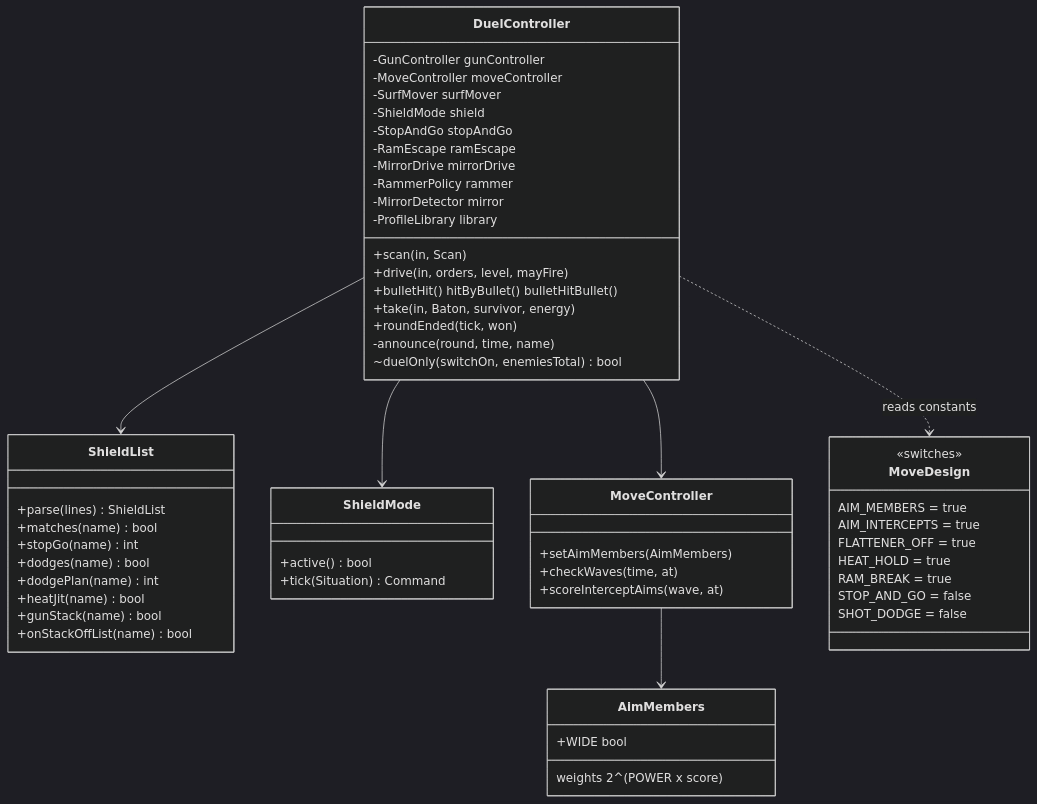
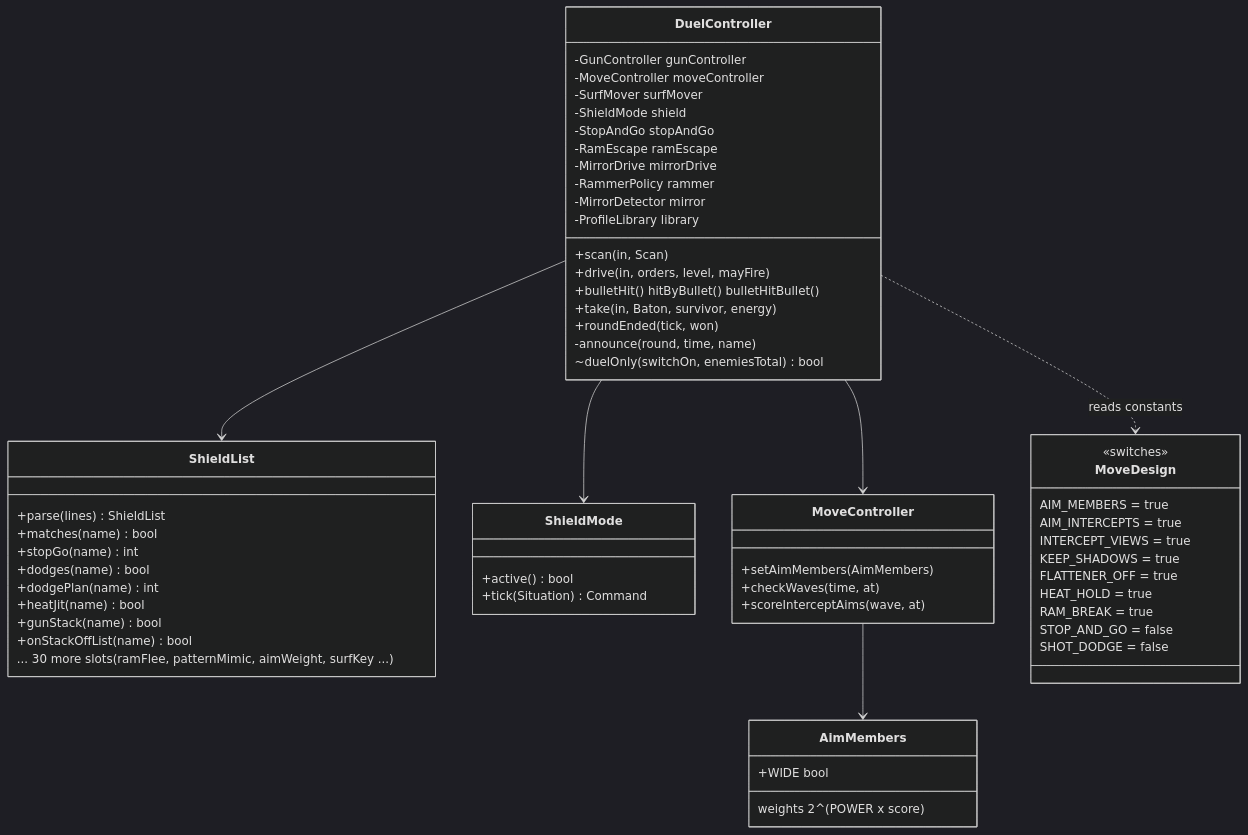
One commit to lgriffin/Hadur_Robot changed diagram 11 of 25 in docs/architecture-c4.md. Above: the diagram before and after it, drawn with Mermaid (dark theme). The commit also changed other lines of this file and 132 other files, not shown here.

First line of the commit message:
Architecture review: honest traceability gate, coverage floor, requirements by area, docs refresh (#998)

````diff
--- a/docs/architecture-c4.md
+++ b/docs/architecture-c4.md
@@ -381,60 +381,63 @@
 ```mermaid
 classDiagram
   class DuelController {
     -GunController gunController
     -MoveController moveController
     -SurfMover surfMover
     -ShieldMode shield
     -StopAndGo stopAndGo
     -RamEscape ramEscape
     -MirrorDrive mirrorDrive
     -RammerPolicy rammer
     -MirrorDetector mirror
     -ProfileLibrary library
     +scan(in, Scan)
     +drive(in, orders, level, mayFire)
     +bulletHit() hitByBullet() bulletHitBullet()
     +take(in, Baton, survivor, energy)
     +roundEnded(tick, won)
     -announce(round, time, name)
     ~duelOnly(switchOn, enemiesTotal) bool
   }
   class ShieldList {
     +parse(lines) ShieldList
     +matches(name) bool
     +stopGo(name) int
     +dodges(name) bool
     +dodgePlan(name) int
     +heatJit(name) bool
     +gunStack(name) bool
     +onStackOffList(name) bool
+    ... 30 more slots (ramFlee, patternMimic, aimWeight, surfKey ...)
   }
   class ShieldMode {
     +active() bool
     +tick(Situation) Command
   }
   class MoveController {
     +setAimMembers(AimMembers)
     +checkWaves(time, at)
     +scoreInterceptAims(wave, at)
   }
   class AimMembers {
     +WIDE bool
     weights 2^(POWER x score)
   }
   class MoveDesign {
     <<switches>>
     AIM_MEMBERS = true
     AIM_INTERCEPTS = true
+    INTERCEPT_VIEWS = true
+    KEEP_SHADOWS = true
     FLATTENER_OFF = true
     HEAT_HOLD = true
     RAM_BREAK = true
     STOP_AND_GO = false
     SHOT_DODGE = false
   }
   DuelController --> ShieldList
   DuelController --> ShieldMode
   DuelController --> MoveController
   MoveController --> AimMembers
   DuelController ..> MoveDesign : reads constants
 ```
````
